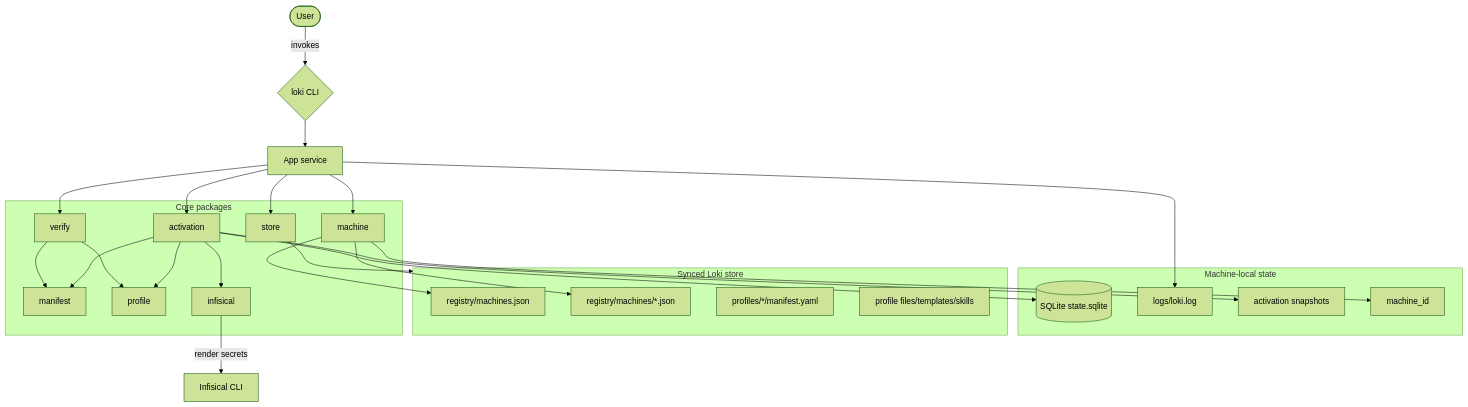
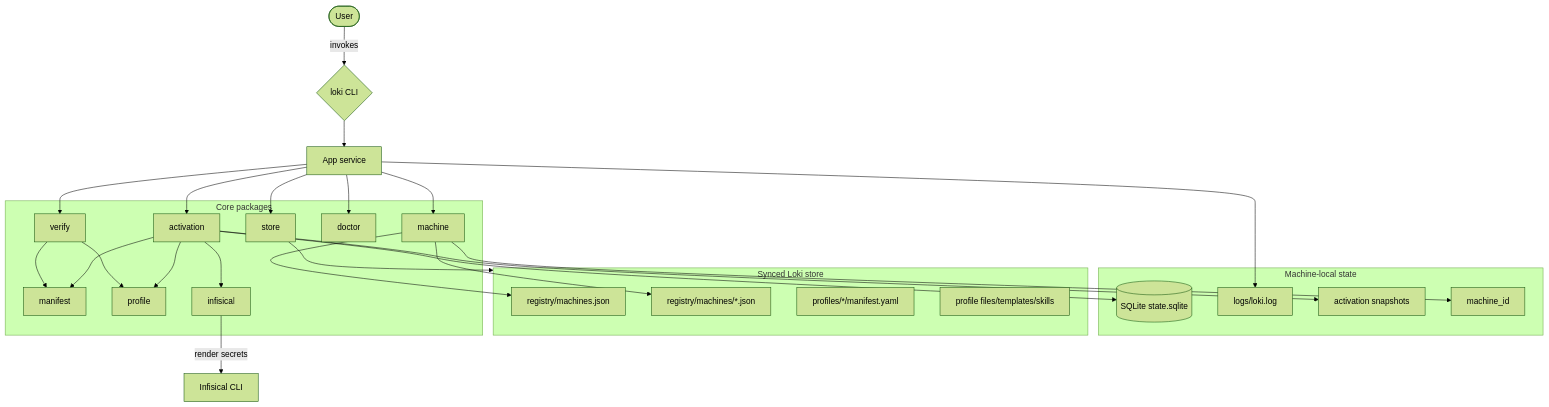
Before and after one commit to asudbring/loki-profile-manager: the first of 3 diagrams in docs/ARCHITECTURE.md, drawn with Mermaid (forest theme). The commit also changed other lines of this file and 15 other files, not shown here.

````diff
--- a/docs/ARCHITECTURE.md
+++ b/docs/ARCHITECTURE.md
@@ -7,52 +7,54 @@
 ```mermaid
 flowchart TB
     User([User])
     CLI{loki CLI}
     App[App service]
 
     subgraph LocalState[Machine-local state]
       DB[(SQLite state.sqlite)]
       Logs[logs/loki.log]
       Snapshots[activation snapshots]
       MachineID[machine_id]
     end
 
     subgraph Store[Synced Loki store]
       Registry[registry/machines.json]
       Heartbeats[registry/machines/*.json]
       Profiles[profiles/*/manifest.yaml]
       Files[profile files/templates/skills]
     end
 
     subgraph Core[Core packages]
       StorePkg[store]
       MachinePkg[machine]
       ManifestPkg[manifest]
       ProfilePkg[profile]
       VerifyPkg[verify]
+      DoctorPkg[doctor]
       ActivationPkg[activation]
       InfisicalPkg[infisical]
     end
 
     InfisicalCLI[Infisical CLI]
 
     User -->|invokes| CLI
     CLI --> App
     App --> StorePkg
     App --> MachinePkg
     App --> VerifyPkg
+    App --> DoctorPkg
     App --> ActivationPkg
     StorePkg --> Store
     MachinePkg --> Registry
     MachinePkg --> Heartbeats
     MachinePkg --> MachineID
     VerifyPkg --> ManifestPkg
     VerifyPkg --> ProfilePkg
     ActivationPkg --> ManifestPkg
     ActivationPkg --> ProfilePkg
     ActivationPkg --> DB
     ActivationPkg --> Snapshots
     ActivationPkg --> InfisicalPkg
     InfisicalPkg -->|render secrets| InfisicalCLI
     App --> Logs
 ```
````
